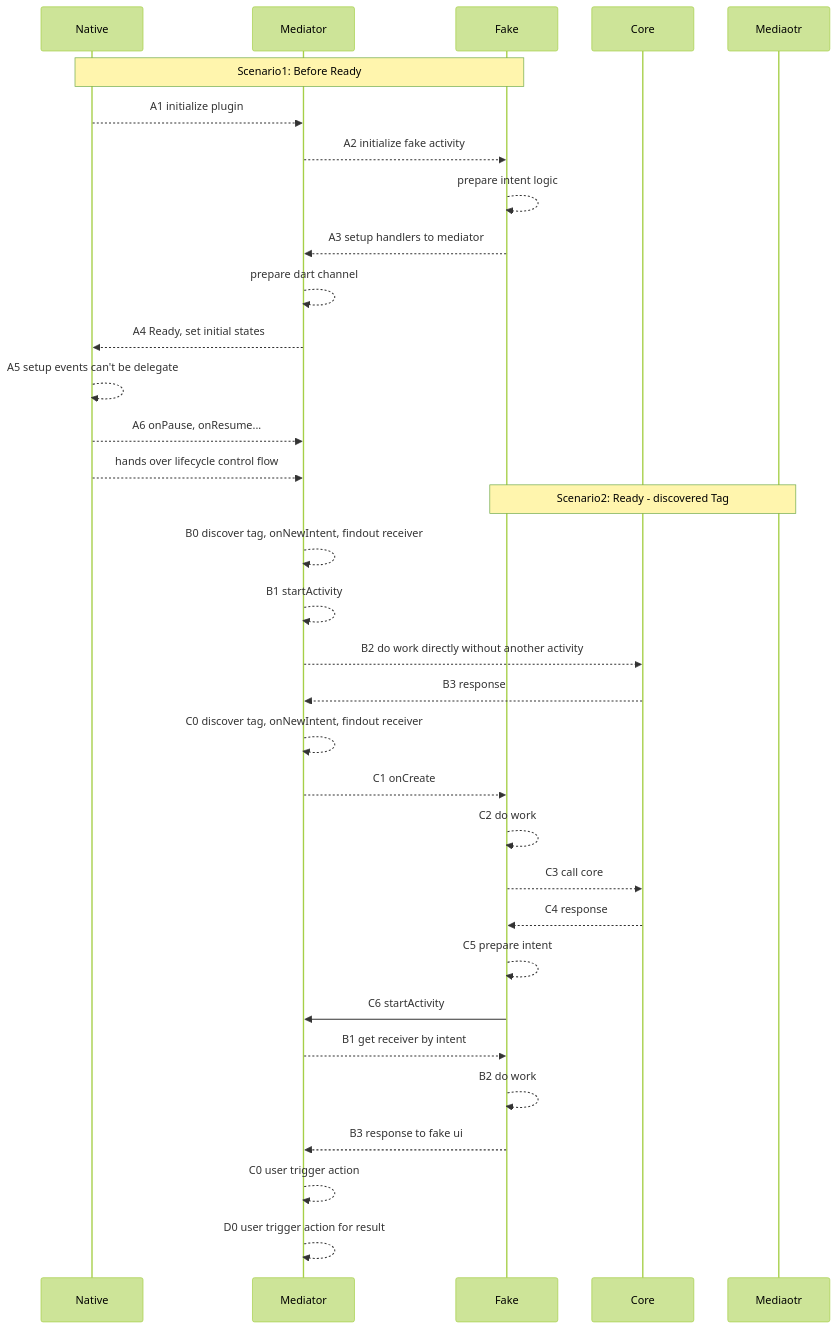
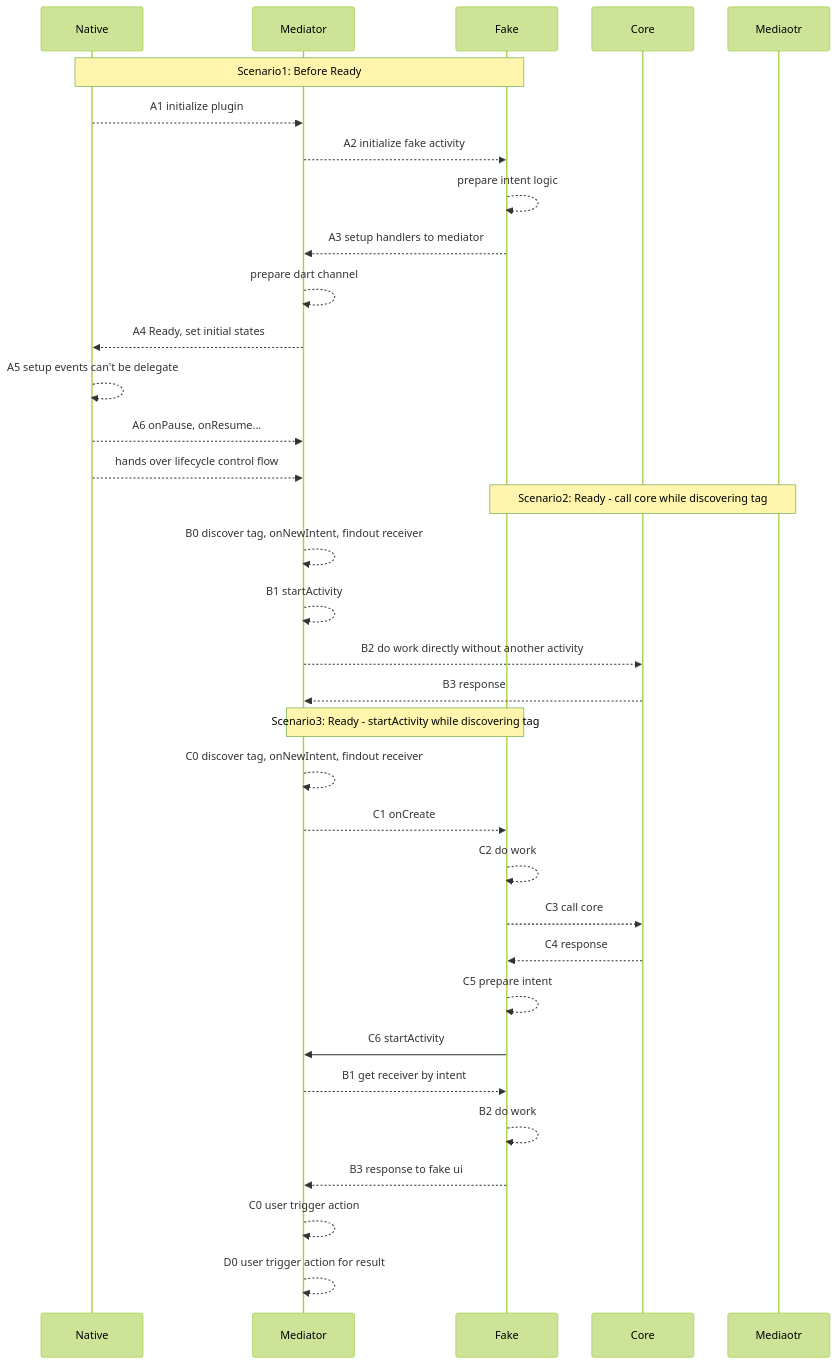
One commit to gordianknotC/nxp_note changed the second of 2 diagrams in flutter/addActivityResultListener.md. Above: the diagram before and after it, drawn with Mermaid (forest theme). The commit also changed other lines of this file, not shown here.

Commit message:
flutter/addActivityResultListener.md updated from https://stackedit.io/

````diff
--- a/flutter/addActivityResultListener.md
+++ b/flutter/addActivityResultListener.md
@@ -55,46 +55,49 @@
 ```mermaid
 sequenceDiagram
 participant Native
 participant Mediator
 participant Fake
 participant Core
 
 Note over Native, Fake: Scenario1: Before Ready
 
 Native -->> Mediator: A1 initialize plugin
 Mediator -->> Fake: A2 initialize fake activity
 Fake -->> Fake: prepare intent logic
 Fake -->> Mediator: A3 setup handlers to mediator
 Mediator -->> Mediator: prepare dart channel
 Mediator -->> Native: A4 Ready, set initial states
 Native -->> Native: A5 setup events can't be delegate
 Native -->> Mediator: A6 onPause, onResume...
 Native -->> Mediator: hands over lifecycle control flow
 
 
-Note over Mediaotr, Fake: Scenario2: Ready - discovered Tag 
+Note over Mediaotr, Fake: Scenario2: Ready - call core while discovering tag 
 
 Mediator-->> Mediator: B0 discover tag, onNewIntent, findout receiver
 Mediator-->>Mediator: B1 startActivity
 Mediator-->>Core: B2 do work directly without another activity
 Core-->>Mediator: B3 response
+
+
+Note over Mediator, Fake: Scenario3: Ready - startActivity while discovering tag
 
 Mediator-->> Mediator: C0 discover tag, onNewIntent, findout receiver
 Mediator-->>Fake: C1 onCreate
 Fake-->>Fake: C2 do work
 Fake-->>Core:C3 call core
 Core-->>Fake:C4 response
 Fake-->>Fake:C5 prepare intent
 Fake->>Mediator: C6 startActivity
 
 Mediator-->>Fake: B1 get receiver by intent
 Fake-->>Fake:B2 do work
 
 Fake-->>Mediator:B3 response to fake ui
 
  
  Mediator-->>Mediator: C0 user trigger action
  
  Mediator-->>Mediator: D0 user trigger action for result
 
 ```
````
